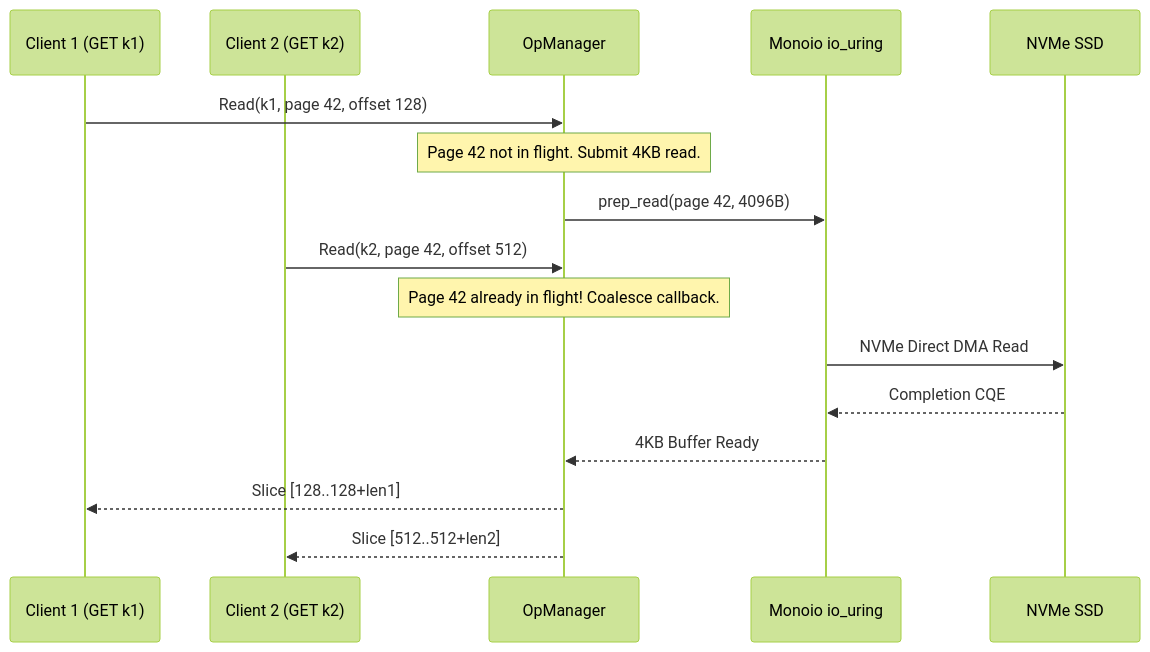
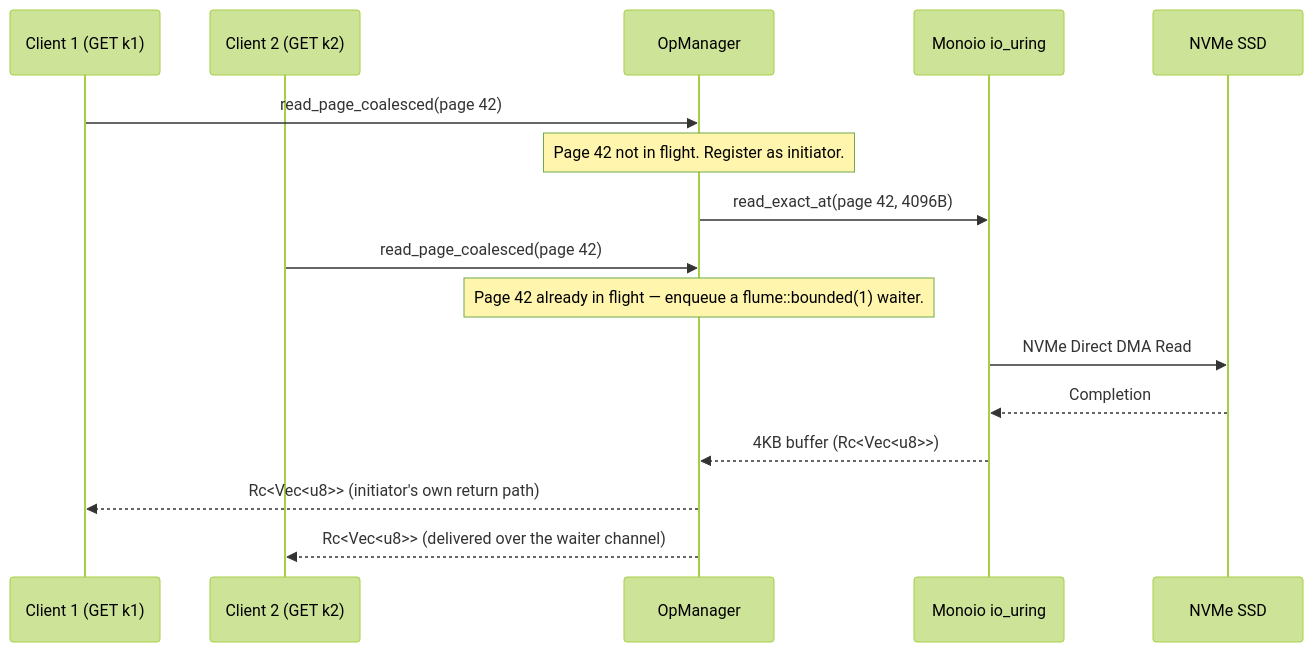
The second of 2 diagrams in docs/design/tiered_storage.md (warrenzhu25/rudis), drawn with Mermaid (forest theme) before and after one commit. The commit also changed other lines of this file and 56 other files, not shown here.

````diff
--- a/docs/design/tiered_storage.md
+++ b/docs/design/tiered_storage.md
@@ -253,19 +271,19 @@
 ```mermaid
 sequenceDiagram
     participant C1 as Client 1 (GET k1)
     participant C2 as Client 2 (GET k2)
     participant OM as OpManager
     participant Ring as Monoio io_uring
     participant Disk as NVMe SSD
 
-    C1->>OM: Read(k1, page 42, offset 128)
-    Note over OM: Page 42 not in flight. Submit 4KB read.
-    OM->>Ring: prep_read(page 42, 4096B)
-    C2->>OM: Read(k2, page 42, offset 512)
-    Note over OM: Page 42 already in flight! Coalesce callback.
+    C1->>OM: read_page_coalesced(page 42)
+    Note over OM: Page 42 not in flight. Register as initiator.
+    OM->>Ring: read_exact_at(page 42, 4096B)
+    C2->>OM: read_page_coalesced(page 42)
+    Note over OM: Page 42 already in flight — enqueue a flume::bounded(1) waiter.
     Ring->>Disk: NVMe Direct DMA Read
-    Disk-->>Ring: Completion CQE
-    Ring-->>OM: 4KB Buffer Ready
-    OM-->>C1: Slice [128..128+len1]
-    OM-->>C2: Slice [512..512+len2]
+    Disk-->>Ring: Completion
+    Ring-->>OM: 4KB buffer (Rc<Vec<u8>>)
+    OM-->>C1: Rc<Vec<u8>> (initiator's own return path)
+    OM-->>C2: Rc<Vec<u8>> (delivered over the waiter channel)
 ```
````
